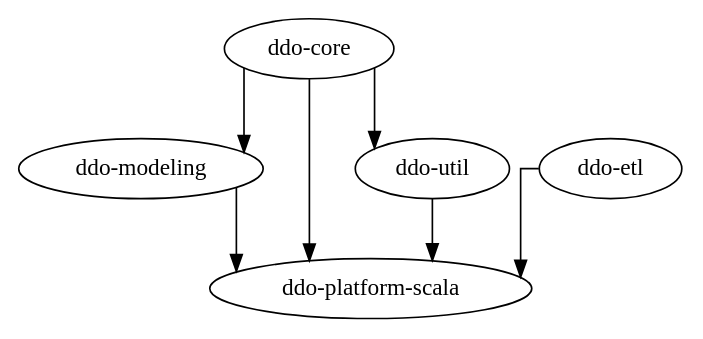
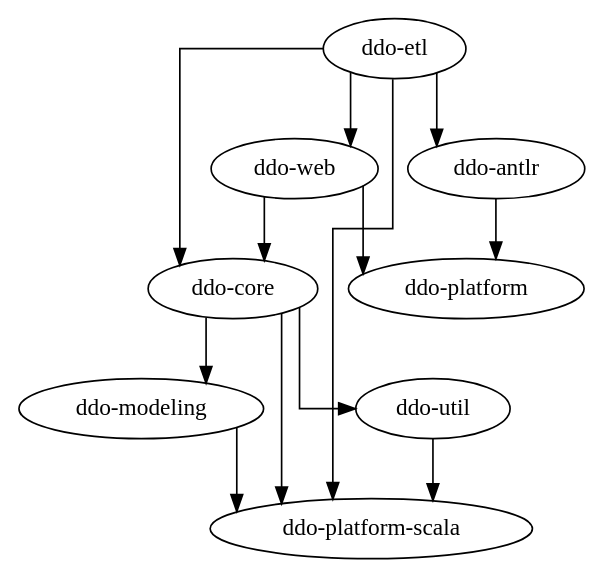
The diagram in docs/developers_guide/project-dependencies.dot (adarro/ddo-calc), drawn with Graphviz before and after one commit. The commit also changed 64 other files, not shown here.

Commit message:
Re-added DDO-Web :art: replaced most dependencies with Catalogs. :construction: Updated / synchronized dependencies

```diff
--- a/docs/developers_guide/project-dependencies.dot
+++ b/docs/developers_guide/project-dependencies.dot
@@ -1,9 +1,15 @@
 strict digraph {
 splines=ortho
+"ddo-web" -> "ddo-platform"
+"ddo-web" -> "ddo-core"
 "ddo-modeling" -> "ddo-platform-scala"
+"ddo-antlr" -> "ddo-platform"
+"ddo-core" -> "ddo-modeling"
 "ddo-core" -> "ddo-platform-scala"
 "ddo-core" -> "ddo-util"
-"ddo-core" -> "ddo-modeling"
 "ddo-etl" -> "ddo-platform-scala"
+"ddo-etl" -> "ddo-antlr"
+"ddo-etl" -> "ddo-web"
+"ddo-etl" -> "ddo-core"
 "ddo-util" -> "ddo-platform-scala"
 }
```
